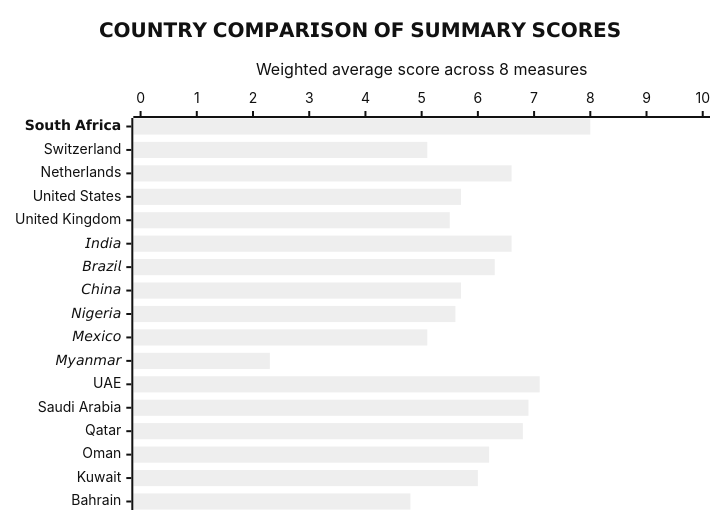
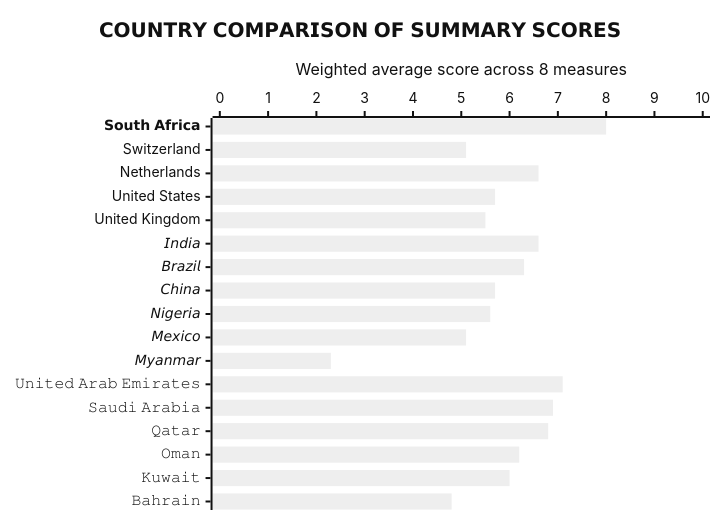
The second of 2 diagrams in articles-posts/economic-and-policy-sentiment-zaf.md (Tellusant/docs), drawn with Mermaid (neutral theme) before and after one commit. The commit also changed other lines of this file, not shown here.

```diff
--- a/articles-posts/economic-and-policy-sentiment-zaf.md
+++ b/articles-posts/economic-and-policy-sentiment-zaf.md
@@ -65,9 +65,9 @@
 <div class="mermaid">
 
 xychart-beta horizontal
     title "𝗖𝗢𝗨𝗡𝗧𝗥𝗬 𝗖𝗢𝗠𝗣𝗔𝗥𝗜𝗦𝗢𝗡 𝗢𝗙 𝗦𝗨𝗠𝗠𝗔𝗥𝗬 𝗦𝗖𝗢𝗥𝗘𝗦"
-    x-axis ["𝗦𝗼𝘂𝘁𝗵 𝗔𝗳𝗿𝗶𝗰𝗮", "Switzerland", "Netherlands", "United States", "          United Kingdom", "𝘐𝘯𝘥𝘪𝘢", "𝘉𝘳𝘢𝘻𝘪𝘭", "𝘊𝘩𝘪𝘯𝘢", "𝘕𝘪𝘨𝘦𝘳𝘪𝘢", "𝘔𝘦𝘹𝘪𝘤𝘰", "𝘔𝘺𝘢𝘯𝘮𝘢𝘳", "UAE", "Saudi Arabia", "Qatar","Oman", "Kuwait", "Bahrain"]
+    x-axis ["𝗦𝗼𝘂𝘁𝗵 𝗔𝗳𝗿𝗶𝗰𝗮", "Switzerland", "Netherlands", "United States", "United Kingdom", "𝘐𝘯𝘥𝘪𝘢", "𝘉𝘳𝘢𝘻𝘪𝘭", "𝘊𝘩𝘪𝘯𝘢", "𝘕𝘪𝘨𝘦𝘳𝘪𝘢", "𝘔𝘦𝘹𝘪𝘤𝘰", "𝘔𝘺𝘢𝘯𝘮𝘢𝘳", "𝚄𝚗𝚒𝚝𝚎𝚍 𝙰𝚛𝚊𝚋 𝙴𝚖𝚒𝚛𝚊𝚝𝚎𝚜", "𝚂𝚊𝚞𝚍𝚒 𝙰𝚛𝚊𝚋𝚒𝚊", "𝚀𝚊𝚝𝚊𝚛","𝙾𝚖𝚊𝚗", "𝙺𝚞𝚠𝚊𝚒𝚝", "𝙱𝚊𝚑𝚛𝚊𝚒𝚗"]
     y-axis "Weighted average score across 8 measures" 0 --> 10
     bar [8.0, 5.1, 6.6, 5.7, 5.5, 6.6, 6.3, 5.7, 5.6, 5.1, 2.3, 7.1, 6.9, 6.8, 6.2, 6.0, 4.8]
     
 </div>
```
